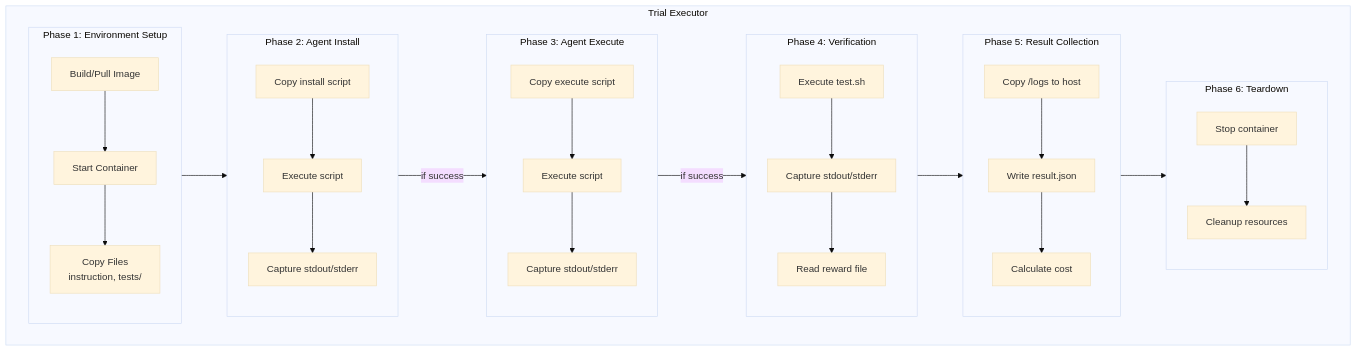
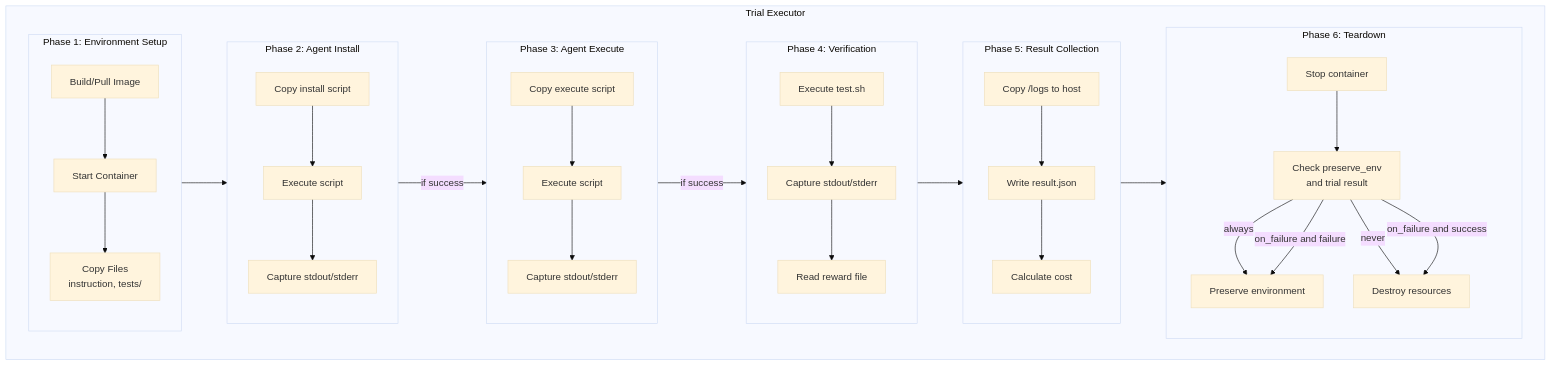
One commit to spachava753/rollout changed the fourth of 6 diagrams in ARCHITECTURE.md. Above: the diagram before and after it, drawn with Mermaid (base theme). The commit also changed other lines of this file, not shown here.

First line of the commit message:
docs(architecture): update interface signatures and add environment preservation

````diff
--- a/ARCHITECTURE.md
+++ b/ARCHITECTURE.md
@@ -581,39 +570,43 @@
 ```mermaid
 flowchart TB
     subgraph TrialExecutor["Trial Executor"]
         subgraph Phase1["Phase 1: Environment Setup"]
             BuildPull["Build/Pull Image"] --> StartContainer["Start Container"]
             StartContainer --> CopyFiles["Copy Files<br/>instruction, tests/"]
         end
 
         subgraph Phase2["Phase 2: Agent Install"]
             CopyInstall["Copy install script"] --> ExecInstall["Execute script"]
             ExecInstall --> CaptureInstall["Capture stdout/stderr"]
         end
 
         subgraph Phase3["Phase 3: Agent Execute"]
             CopyExec["Copy execute script"] --> ExecAgent["Execute script"]
             ExecAgent --> CaptureExec["Capture stdout/stderr"]
         end
 
         subgraph Phase4["Phase 4: Verification"]
             ExecTest["Execute test.sh"] --> CaptureTest["Capture stdout/stderr"]
             CaptureTest --> ReadReward["Read reward file"]
         end
 
         subgraph Phase5["Phase 5: Result Collection"]
             CopyLogs["Copy /logs to host"] --> WriteResult["Write result.json"]
             WriteResult --> CalcCost["Calculate cost"]
         end
 
         subgraph Phase6["Phase 6: Teardown"]
-            StopContainer["Stop container"] --> Cleanup["Cleanup resources"]
+            StopContainer["Stop container"] --> CheckPolicy["Check preserve_env<br/>and trial result"]
+            CheckPolicy -->|always| Preserve["Preserve environment"]
+            CheckPolicy -->|never| Cleanup["Destroy resources"]
+            CheckPolicy -->|on_failure and success| Cleanup
+            CheckPolicy -->|on_failure and failure| Preserve
         end
 
         Phase1 --> Phase2
         Phase2 -->|if success| Phase3
         Phase3 -->|if success| Phase4
         Phase4 --> Phase5
         Phase5 --> Phase6
     end
 ```
````
